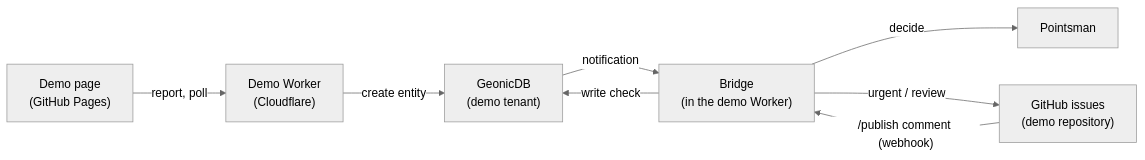
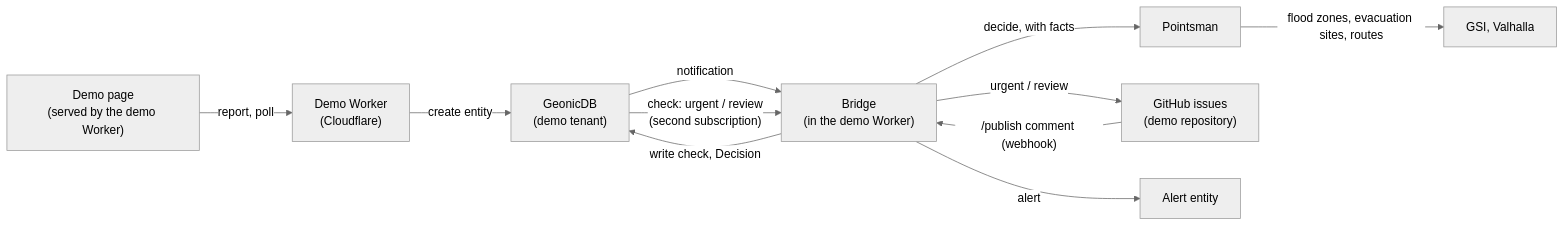
Before and after one commit to geolonia/pointsman: the diagram in docs/fiware-demo.md, drawn with Mermaid (neutral theme). The commit also changed other lines of this file, not shown here.

First line of the commit message:
Storyboard: spatial facts and the chain (#80)

````diff
--- a/docs/fiware-demo.md
+++ b/docs/fiware-demo.md
@@ -109,10 +140,13 @@
 ```mermaid
 flowchart LR
-  Page["Demo page<br/>(GitHub Pages)"] -->|report, poll| API["Demo Worker<br/>(Cloudflare)"]
+  Page["Demo page<br/>(served by the demo Worker)"] -->|report, poll| API["Demo Worker<br/>(Cloudflare)"]
   API -->|create entity| Broker["GeonicDB<br/>(demo tenant)"]
   Broker -->|notification| Bridge["Bridge<br/>(in the demo Worker)"]
-  Bridge -->|decide| PM["Pointsman"]
-  Bridge -->|write check| Broker
+  Bridge -->|decide, with facts| PM["Pointsman"]
+  PM -->|flood zones, evacuation sites, routes| Geo["GSI, Valhalla"]
+  Bridge -->|write check, Decision| Broker
   Bridge -->|urgent / review| GH["GitHub issues<br/>(demo repository)"]
   GH -->|"/publish comment (webhook)"| Bridge
+  Broker -->|"check: urgent / review<br/>(second subscription)"| Bridge
+  Bridge -->|alert| Alert["Alert entity"]
 ```
````
